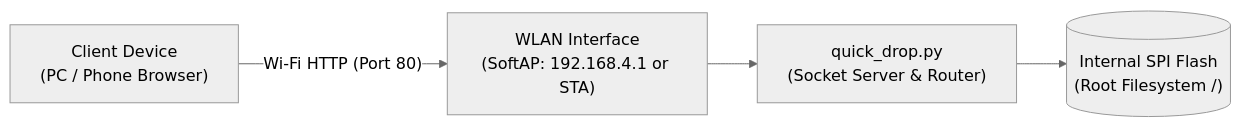
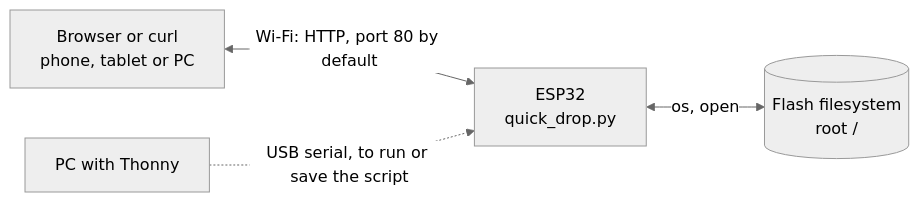
Before and after one commit to sumitrawat2417/esp32-quick-drop: the first of 3 diagrams in README.md, drawn with Mermaid (neutral theme). The commit also changed other lines of this file and 1 other file, not shown here.

````diff
--- a/README.md
+++ b/README.md
@@ -52,6 +50,6 @@
 ```mermaid
 flowchart LR
-    Client["Client Device<br/>(PC / Phone Browser)"] -->|"Wi-Fi HTTP (Port 80)"| Net["WLAN Interface<br/>(SoftAP: 192.168.4.1 or STA)"]
-    Net --> Core["quick_drop.py<br/>(Socket Server & Router)"]
-    Core --> Flash[("Internal SPI Flash<br/>(Root Filesystem /)")]
+    Client["Browser or curl<br/>phone, tablet or PC"] <-->|"Wi-Fi: HTTP, port 80 by default"| ESP["ESP32<br/>quick_drop.py"]
+    ESP <-->|"os, open"| Flash[("Flash filesystem<br/>root /")]
+    PC["PC with Thonny"] -.->|"USB serial, to run or save the script"| ESP
 ```
````
